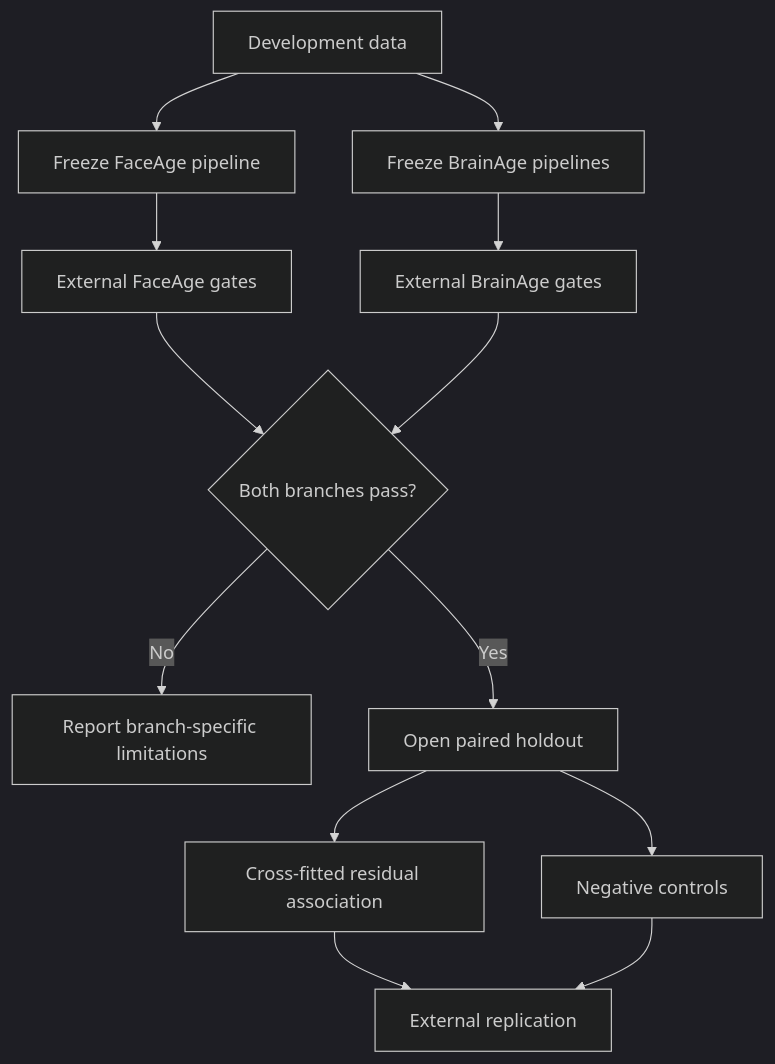
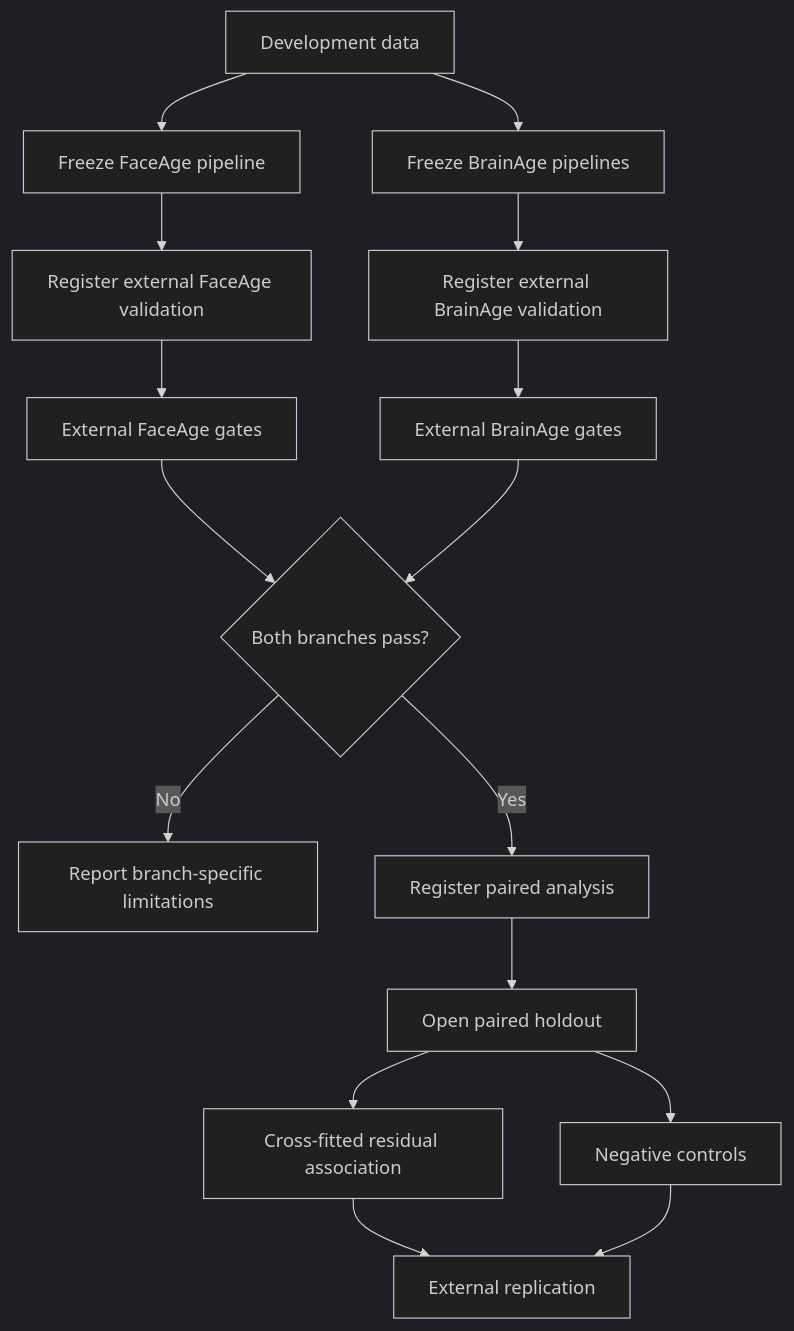
Before and after one commit to kondratevakate/faceage-to-brainage: the diagram in docs/research_program.md, drawn with Mermaid (dark theme). The commit also changed other lines of this file and 27 other files, not shown here.

````diff
--- a/docs/research_program.md
+++ b/docs/research_program.md
@@ -70,15 +70,18 @@
 ```mermaid
 flowchart TD
     D[Development data] --> F[Freeze FaceAge pipeline]
     D --> B[Freeze BrainAge pipelines]
-    F --> FV[External FaceAge gates]
-    B --> BV[External BrainAge gates]
+    F --> FP[Register external FaceAge validation]
+    B --> BP[Register external BrainAge validation]
+    FP --> FV[External FaceAge gates]
+    BP --> BV[External BrainAge gates]
     FV --> G{Both branches pass?}
     BV --> G
     G -->|No| Q[Report branch-specific limitations]
-    G -->|Yes| P[Open paired holdout]
+    G -->|Yes| PR[Register paired analysis]
+    PR --> P[Open paired holdout]
     P --> R[Cross-fitted residual association]
     P --> N[Negative controls]
     R --> E[External replication]
     N --> E
 ```
````
